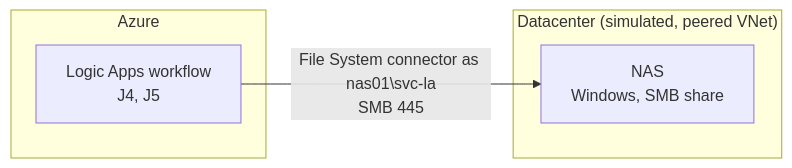
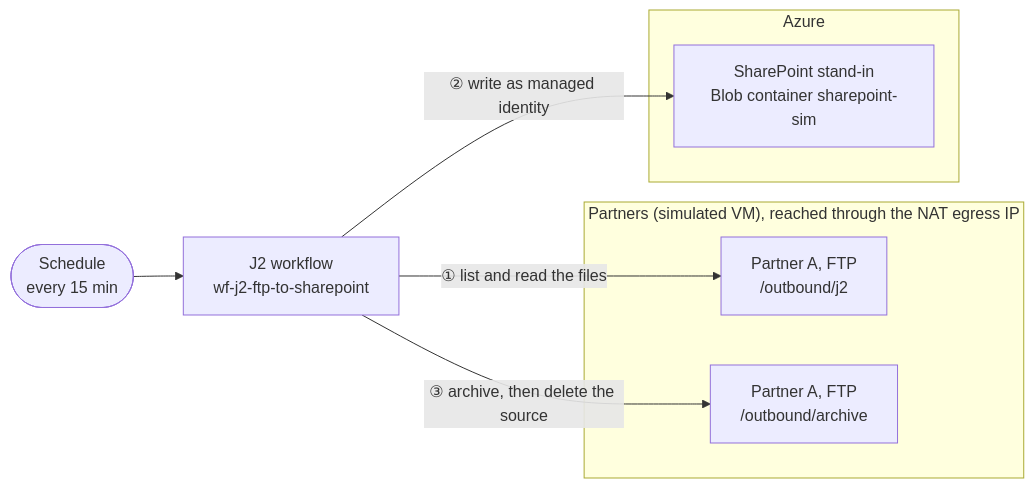
One commit to ikhemissi/spike-orchestrator-to-logic-apps changed the second of 5 diagrams in README.md. Above: the diagram before and after it, drawn with Mermaid. The commit also changed other lines of this file, not shown here.

Commit message:
docs(readme): one setup diagram per job, starting from its trigger

````diff
--- a/README.md
+++ b/README.md
@@ -50,10 +44,14 @@
 ```mermaid
 flowchart LR
+    T(["Schedule<br/>every 15 min"]) --> J2["J2 workflow<br/>wf-j2-ftp-to-sharepoint"]
+    subgraph Partners["Partners (simulated VM), reached through the NAT egress IP"]
+        SRC["Partner A, FTP<br/>/outbound/j2"]
+        ARC["Partner A, FTP<br/>/outbound/archive"]
+    end
     subgraph Azure
-        LA["Logic Apps workflow<br/>J4, J5"]
+        SP["SharePoint stand-in<br/>Blob container sharepoint-sim"]
     end
-    subgraph Datacenter["Datacenter (simulated, peered VNet)"]
-        NAS["NAS<br/>Windows, SMB share"]
-    end
-    LA -->|"File System connector as nas01\svc-la<br/>SMB 445"| NAS
+    J2 -->|"① list and read the files"| SRC
+    J2 -->|"② write as managed identity"| SP
+    J2 -->|"③ archive, then delete the source"| ARC
 ```
````
